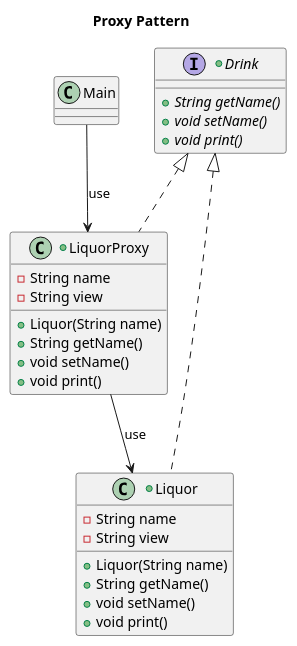
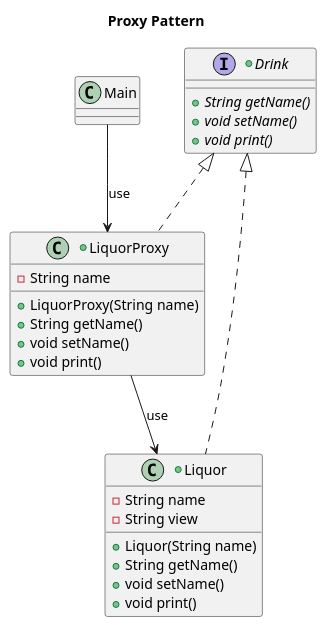
Before and after one commit to Shukupon/design-patterns: the diagram in UML/proxy.pu, drawn with PlantUML.

Commit message:
Proxy PatternのUMLを修正

```diff
--- a/UML/proxy.pu
+++ b/UML/proxy.pu
@@ -1,33 +1,32 @@
 @startuml
 title Proxy Pattern
 
 Main --> LiquorProxy: use
 LiquorProxy --> Liquor: use
 
 +interface Drink {
     + {abstract} String getName()
     + {abstract} void setName()
     + {abstract} void print()
 }
 
 +class LiquorProxy implements Drink{
     - String name
-    - String view
-    + Liquor(String name)
+    + LiquorProxy(String name)
     + String getName()
     + void setName()
     + void print()
 }
 
 +class Liquor implements Drink{
     - String name
     - String view
     + Liquor(String name)
     + String getName()
     + void setName()
     + void print()
 }
 
 
 
 @enduml
```
